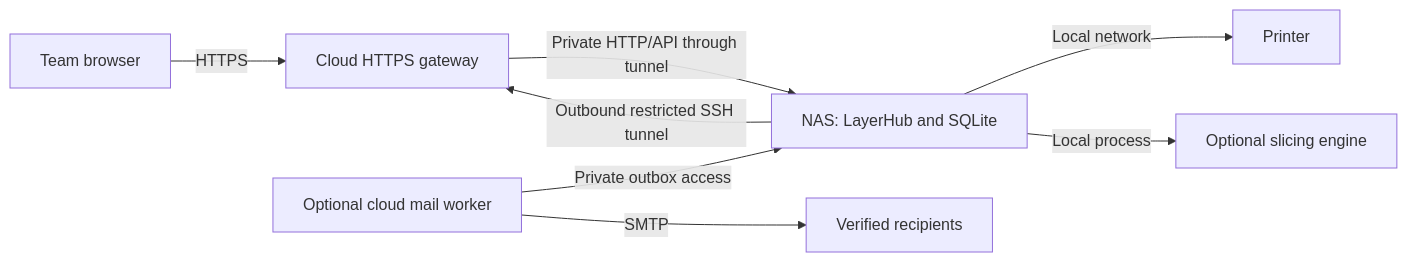
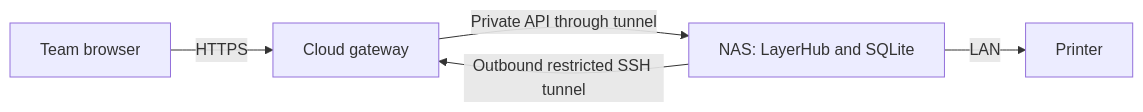
Before and after one commit to Tuang-Gaashuan/LayerHub: the second of 2 diagrams in README.md, drawn with Mermaid. The commit also changed other lines of this file and 156 other files, not shown here.

First line of the commit message:
Release v0.1.0-beta for team printer management

````diff
--- a/README.md
+++ b/README.md
@@ -90,10 +52,7 @@
 ```mermaid
 flowchart LR
-    Browser[Team browser] -->|HTTPS| Cloud[Cloud HTTPS gateway]
+    Browser[Team browser] -->|HTTPS| Cloud[Cloud gateway]
     NAS[NAS: LayerHub and SQLite] -->|Outbound restricted SSH tunnel| Cloud
-    Cloud -->|Private HTTP/API through tunnel| NAS
-    NAS -->|Local network| Printer[Printer]
-    NAS -->|Local process| Slicer[Optional slicing engine]
-    Mail[Optional cloud mail worker] -->|Private outbox access| NAS
-    Mail -->|SMTP| Email[Verified recipients]
+    Cloud -->|Private API through tunnel| NAS
+    NAS -->|LAN| Printer
 ```
````
